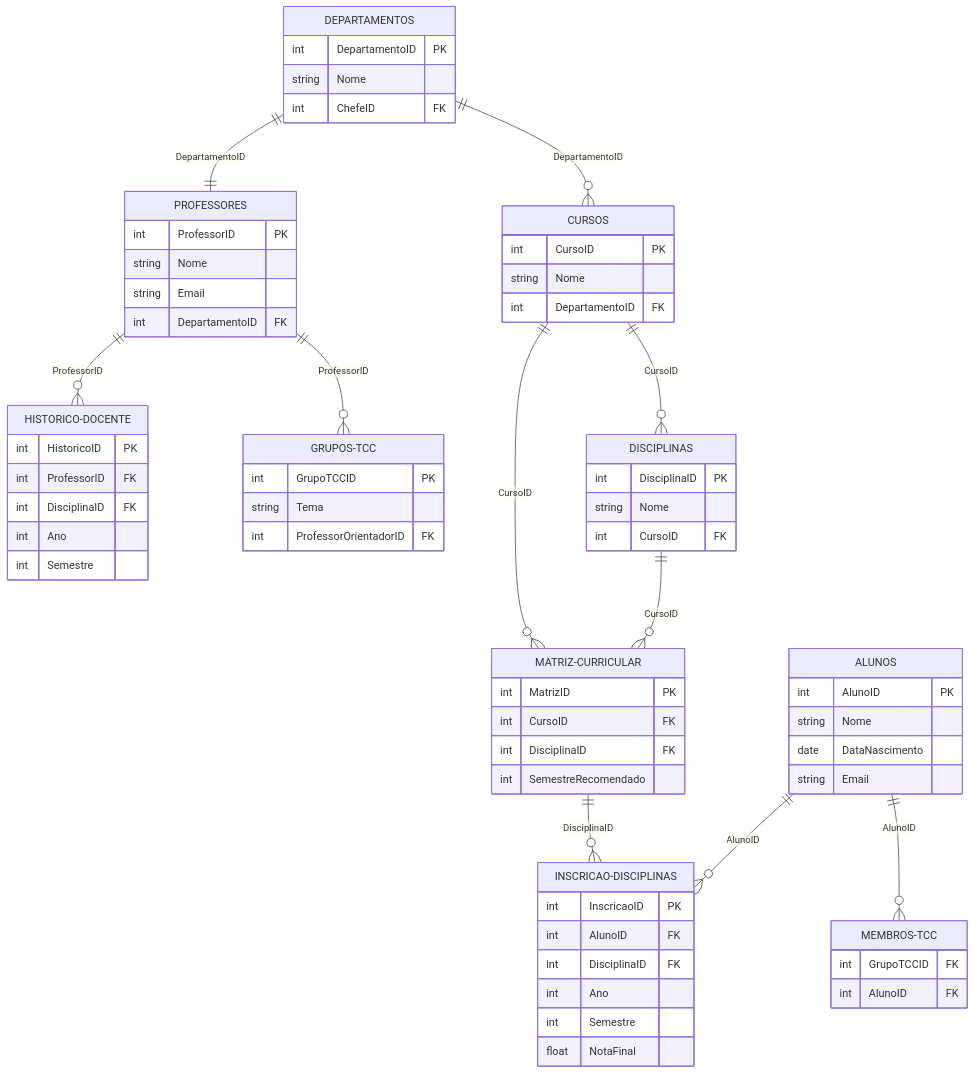
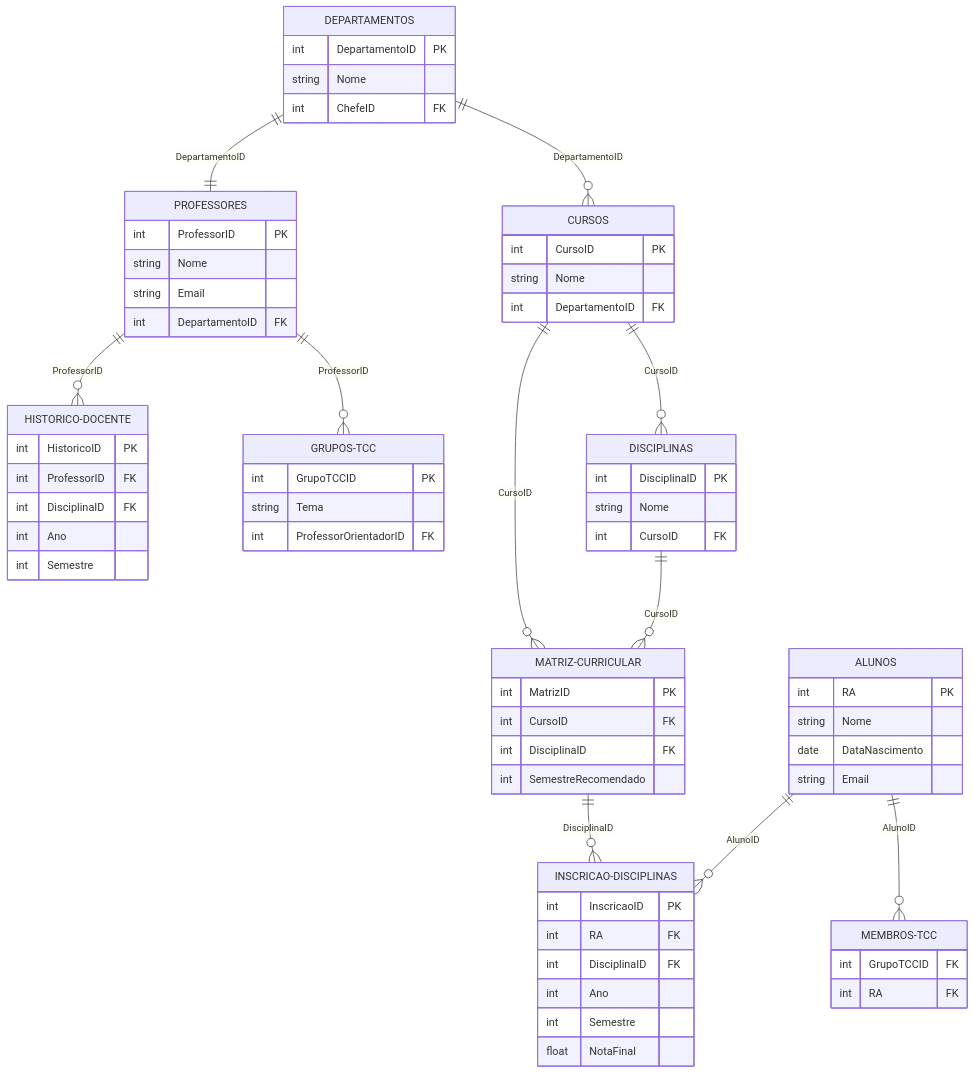
The diagram in README.md (guilherme541/Projeto-DB), drawn with Mermaid before and after one commit.

````diff
--- a/README.md
+++ b/README.md
@@ -10,80 +10,80 @@
 ```mermaid
 erDiagram
     ALUNOS ||--o{ INSCRICAO-DISCIPLINAS : AlunoID
     ALUNOS ||--o{ MEMBROS-TCC : AlunoID
     PROFESSORES ||--o{ HISTORICO-DOCENTE : ProfessorID
     PROFESSORES ||--o{ GRUPOS-TCC : ProfessorID
     DEPARTAMENTOS ||--|| PROFESSORES : DepartamentoID
     DEPARTAMENTOS ||--o{ CURSOS : DepartamentoID
     CURSOS ||--o{ DISCIPLINAS : CursoID
     DISCIPLINAS ||--o{ MATRIZ-CURRICULAR : CursoID
     CURSOS ||--o{ MATRIZ-CURRICULAR : CursoID
     MATRIZ-CURRICULAR ||--o{ INSCRICAO-DISCIPLINAS : DisciplinaID
 
     ALUNOS {
-        int AlunoID PK
+        int RA PK
         string Nome
         date DataNascimento
         string Email
     }
 
     PROFESSORES {
         int ProfessorID PK
         string Nome
         string Email
         int DepartamentoID FK
     }
 
     DEPARTAMENTOS {
         int DepartamentoID PK
         string Nome
         int ChefeID FK
     }
 
     CURSOS {
         int CursoID PK
         string Nome
         int DepartamentoID FK
     }
 
     DISCIPLINAS {
         int DisciplinaID PK
         string Nome
         int CursoID FK
     }
 
     MATRIZ-CURRICULAR {
         int MatrizID PK
         int CursoID FK
         int DisciplinaID FK
         int SemestreRecomendado
     }
 
     INSCRICAO-DISCIPLINAS {
         int InscricaoID PK
-        int AlunoID FK
+        int RA FK
         int DisciplinaID FK
         int Ano
         int Semestre
         float NotaFinal
     }
 
     HISTORICO-DOCENTE {
         int HistoricoID PK
         int ProfessorID FK
         int DisciplinaID FK
         int Ano
         int Semestre
     }
 
     GRUPOS-TCC {
         int GrupoTCCID PK
         string Tema
         int ProfessorOrientadorID FK
     }
 
     MEMBROS-TCC {
         int GrupoTCCID FK
-        int AlunoID FK
+        int RA FK
     }
 ```
````
